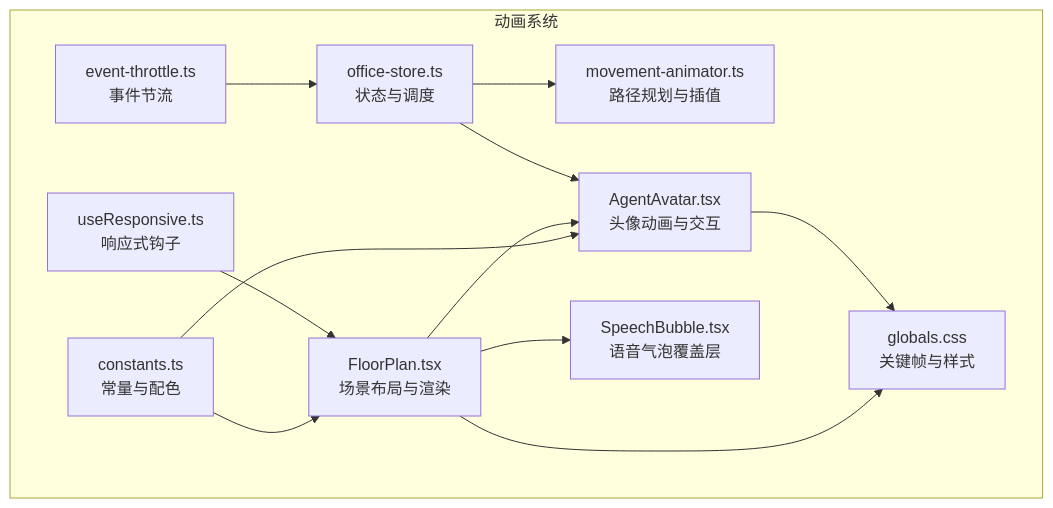
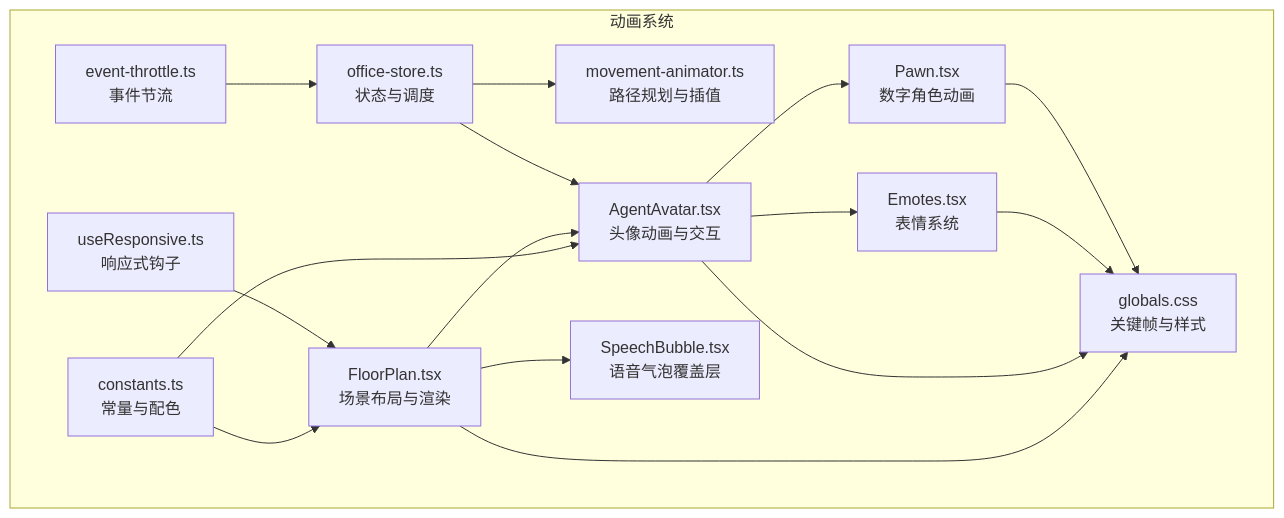
Before and after one commit to WW-AI-Lab/openclaw-office: the first of 10 diagrams in .qoder/repowiki/zh/content/虚拟办公室系统/动画效果系统.md, drawn with Mermaid. The commit also changed other lines of this file and 15 other files, not shown here.

````diff
--- a/.qoder/repowiki/zh/content/虚拟办公室系统/动画效果系统.md
+++ b/.qoder/repowiki/zh/content/虚拟办公室系统/动画效果系统.md
@@ -40,24 +52,30 @@
 ```mermaid
 graph TB
 subgraph "动画系统"
 MA["movement-animator.ts<br/>路径规划与插值"]
 OS["office-store.ts<br/>状态与调度"]
+PA["Pawn.tsx<br/>数字角色动画"]
+ES["Emotes.tsx<br/>表情系统"]
 AA["AgentAvatar.tsx<br/>头像动画与交互"]
 FP["FloorPlan.tsx<br/>场景布局与渲染"]
 ST["SpeechBubble.tsx<br/>语音气泡覆盖层"]
 RC["useResponsive.ts<br/>响应式钩子"]
 ET["event-throttle.ts<br/>事件节流"]
 GC["globals.css<br/>关键帧与样式"]
 CT["constants.ts<br/>常量与配色"]
 end
 OS --> MA
 OS --> AA
+AA --> PA
+AA --> ES
 FP --> AA
 FP --> ST
+PA --> GC
+ES --> GC
 AA --> GC
 FP --> GC
 RC --> FP
 ET --> OS
 CT --> FP
 CT --> AA
 ```
````
